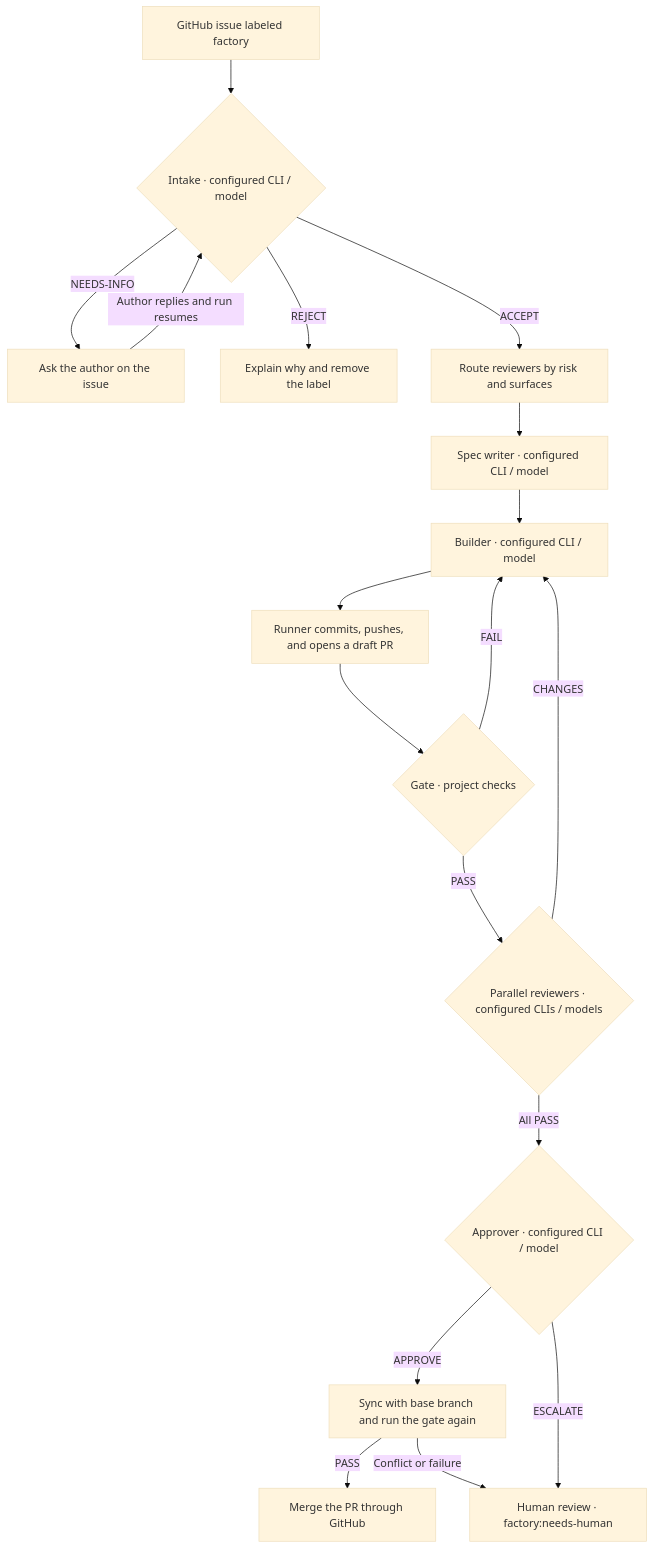
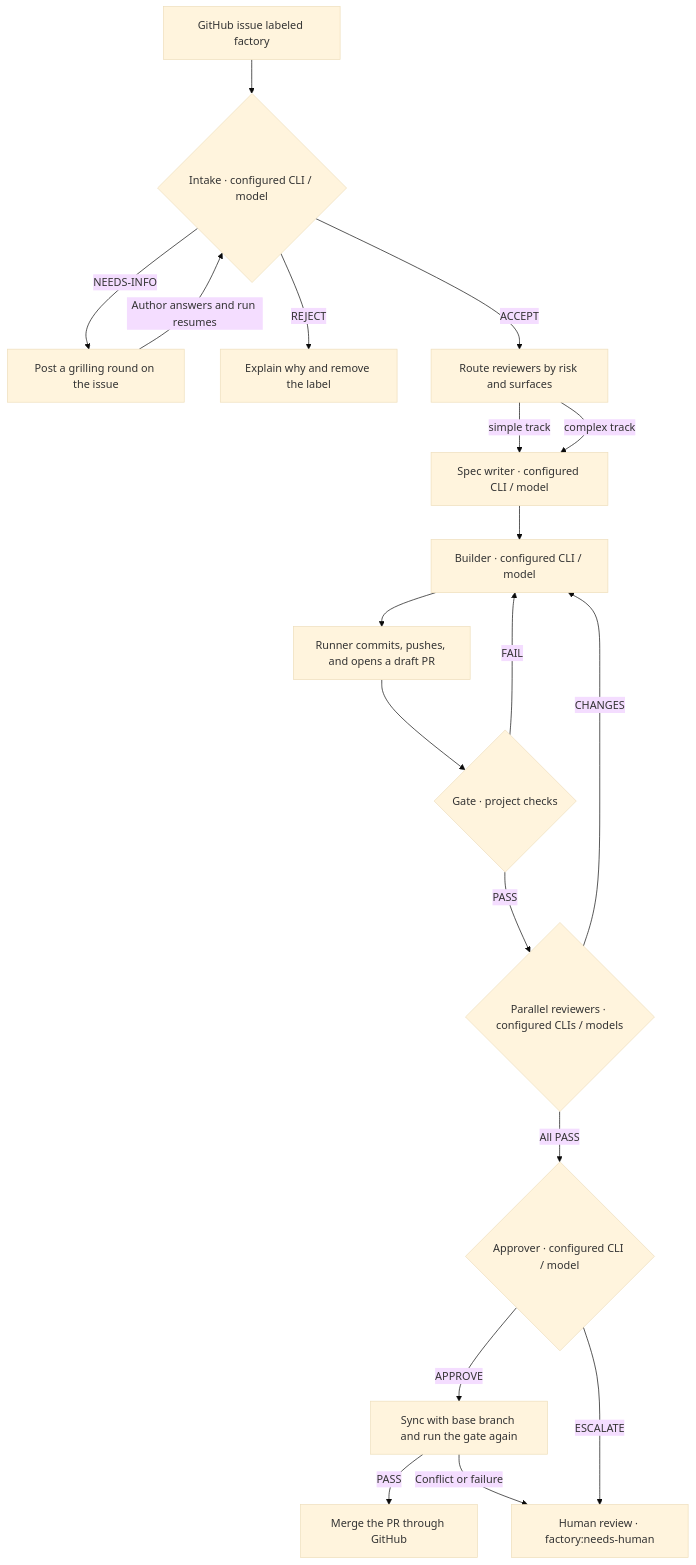
Before and after one commit to sebastiaofv/software-factory: the diagram in README.md, drawn with Mermaid (base theme). The commit also changed other lines of this file and 18 other files, not shown here.

First line of the commit message:
Add simple/complex tracks and grilling rounds on the issue

````diff
--- a/README.md
+++ b/README.md
@@ -30,20 +30,21 @@
 ```mermaid
 flowchart TD
     Issue["GitHub issue labeled factory"] --> Intake{"Intake · configured CLI / model"}
-    Intake -->|NEEDS-INFO| Question["Ask the author on the issue"]
-    Question -->|Author replies and run resumes| Intake
+    Intake -->|NEEDS-INFO| Question["Post a grilling round on the issue"]
+    Question -->|Author answers and run resumes| Intake
     Intake -->|REJECT| Rejected["Explain why and remove the label"]
     Intake -->|ACCEPT| Route["Route reviewers by risk and surfaces"]
-    Route --> Spec["Spec writer · configured CLI / model"]
+    Route -->|simple track| Spec["Spec writer · configured CLI / model"]
+    Route -->|complex track| Spec
     Spec --> Build["Builder · configured CLI / model"]
     Build --> Publish["Runner commits, pushes, and opens a draft PR"]
     Publish --> Gate{"Gate · project checks"}
     Gate -->|FAIL| Build
     Gate -->|PASS| Review{"Parallel reviewers · configured CLIs / models"}
     Review -->|CHANGES| Build
     Review -->|All PASS| Approver{"Approver · configured CLI / model"}
     Approver -->|APPROVE| Sync["Sync with base branch and run the gate again"]
     Sync -->|PASS| Merge["Merge the PR through GitHub"]
     Sync -->|Conflict or failure| Human["Human review · factory:needs-human"]
     Approver -->|ESCALATE| Human
 ```
````
